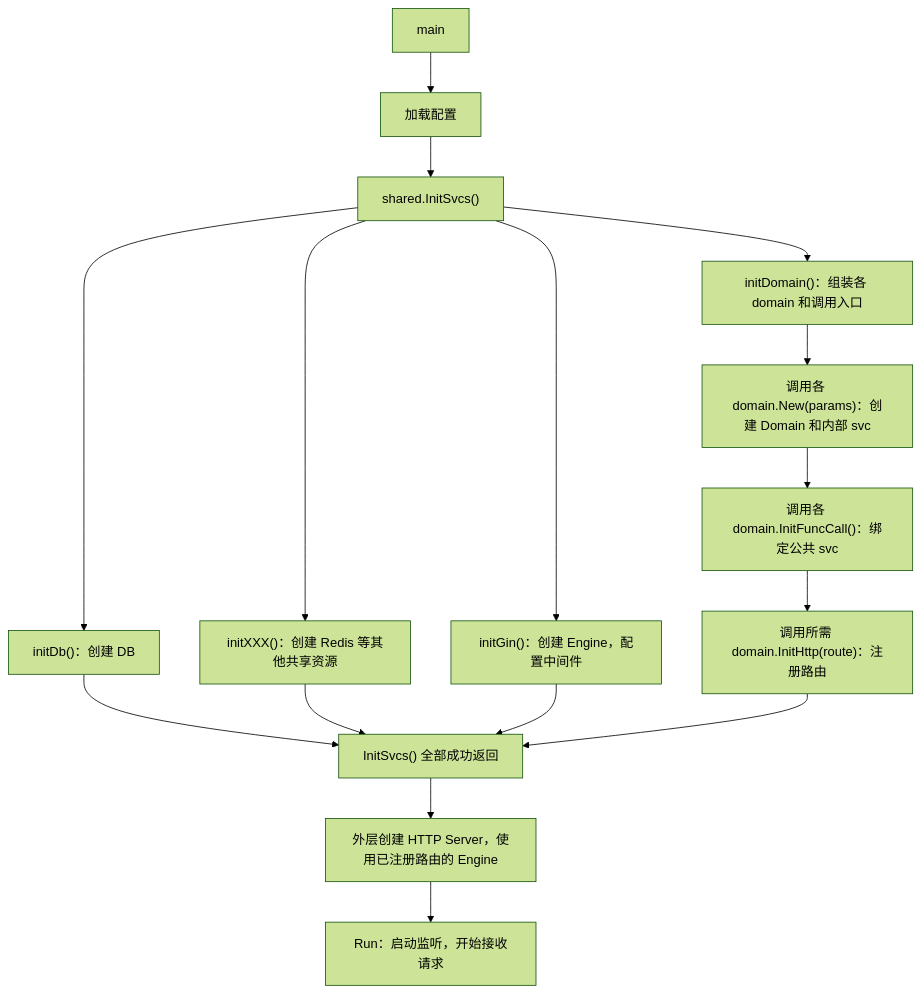
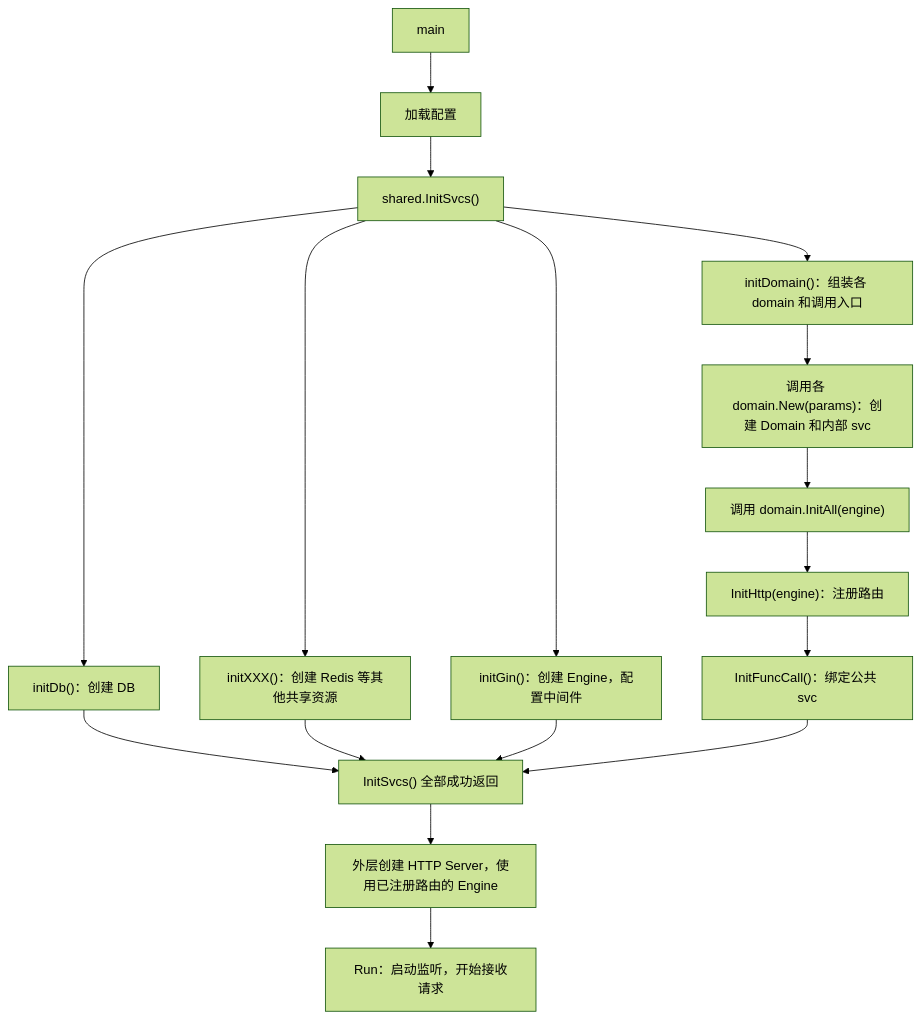
The fourth of 4 diagrams in DevSpec/go.md (KevinZonda/MyWindowsSetup), drawn with Mermaid (forest theme) before and after one commit. The commit also changed other lines of this file, not shown here.

Commit message:
docs: add InitAll and Gin handler dependencies

````diff
--- a/DevSpec/go.md
+++ b/DevSpec/go.md
@@ -230,18 +245,19 @@
 ```mermaid
 flowchart TD
     Main["main"] --> Cfg["加载配置"]
     Cfg --> InitSvcs["shared.InitSvcs()"]
     InitSvcs --> InitDb["initDb()：创建 DB"]
     InitSvcs --> InitXXX["initXXX()：创建 Redis 等其他共享资源"]
     InitSvcs --> InitGin["initGin()：创建 Engine，配置中间件"]
     InitSvcs --> InitDomain["initDomain()：组装各 domain 和调用入口"]
     InitDomain --> DomainNew["调用各 domain.New(params)：创建 Domain 和内部 svc"]
-    DomainNew --> InitFuncCall["调用各 domain.InitFuncCall()：绑定公共 svc"]
-    InitFuncCall --> Routes["调用所需 domain.InitHttp(route)：注册路由"]
+    DomainNew --> InitAll["调用 domain.InitAll(engine)"]
+    InitAll --> Routes["InitHttp(engine)：注册路由"]
+    Routes --> InitFuncCall["InitFuncCall()：绑定公共 svc"]
     InitDb --> Ready["InitSvcs() 全部成功返回"]
     InitXXX --> Ready
     InitGin --> Ready
-    Routes --> Ready
+    InitFuncCall --> Ready
     Ready --> Server["外层创建 HTTP Server，使用已注册路由的 Engine"]
     Server --> Run["Run：启动监听，开始接收请求"]
 ```
````
